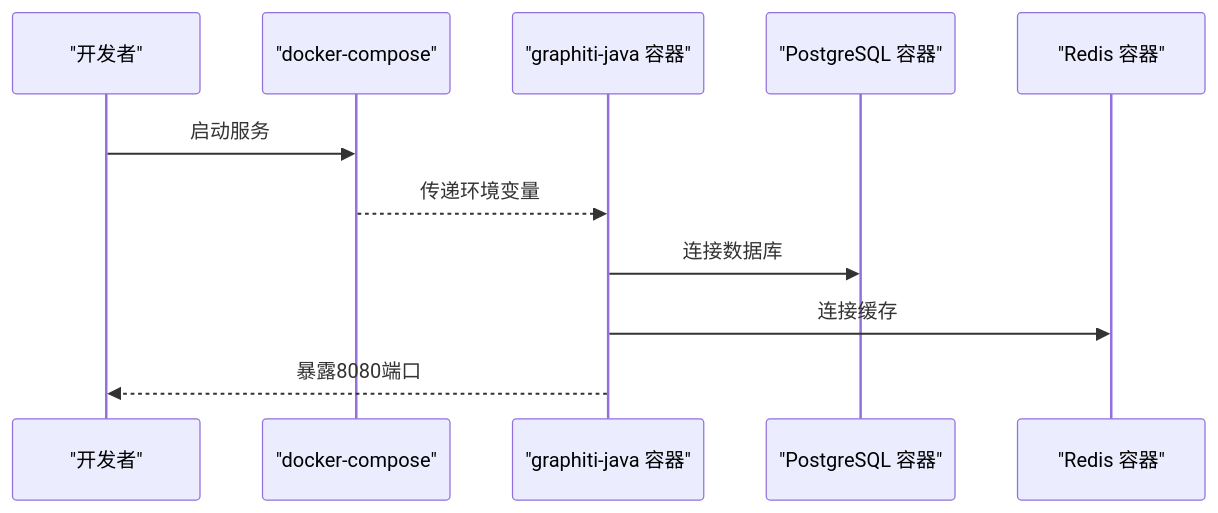
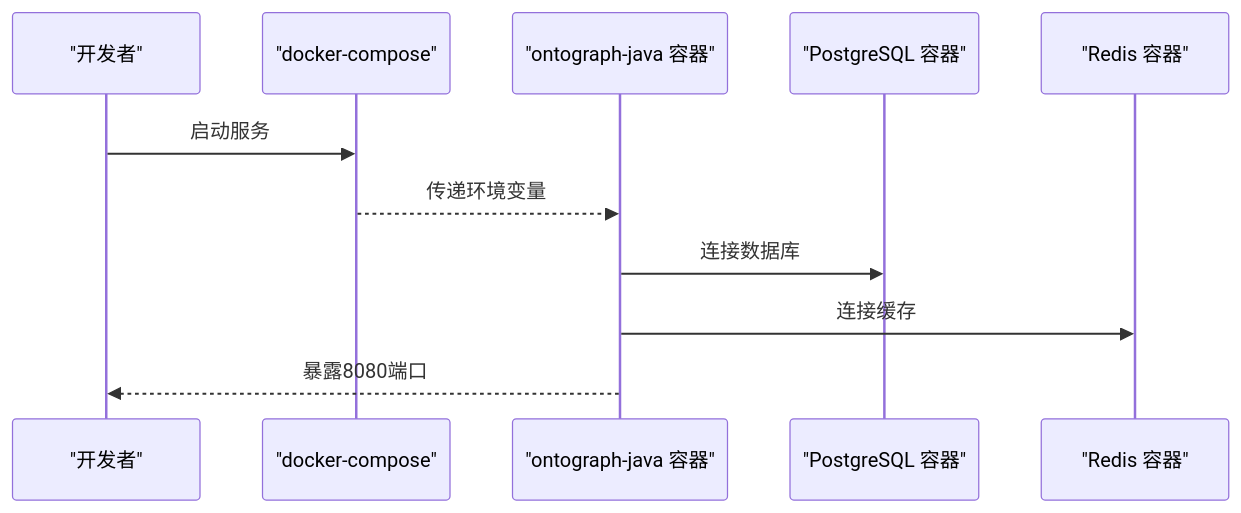
Before and after one commit to joezxh/graphiti-java: the third of 4 diagrams in docs/manual/开发指南/开发环境搭建.md, drawn with Mermaid. The commit also changed 504 other files, not shown here.

Commit message:
refactor: rename Maven modules from graphiti-* to ontograph-* and update all docs

````diff
--- a/docs/manual/开发指南/开发环境搭建.md
+++ b/docs/manual/开发指南/开发环境搭建.md
@@ -185,13 +185,13 @@
 ```mermaid
 sequenceDiagram
 participant Dev as "开发者"
 participant DC as "docker-compose"
-participant App as "graphiti-java 容器"
+participant App as "ontograph-java 容器"
 participant PG as "PostgreSQL 容器"
 participant RD as "Redis 容器"
 Dev->>DC : 启动服务
 DC-->>App : 传递环境变量
 App->>PG : 连接数据库
 App->>RD : 连接缓存
 App-->>Dev : 暴露8080端口
 ```
````
